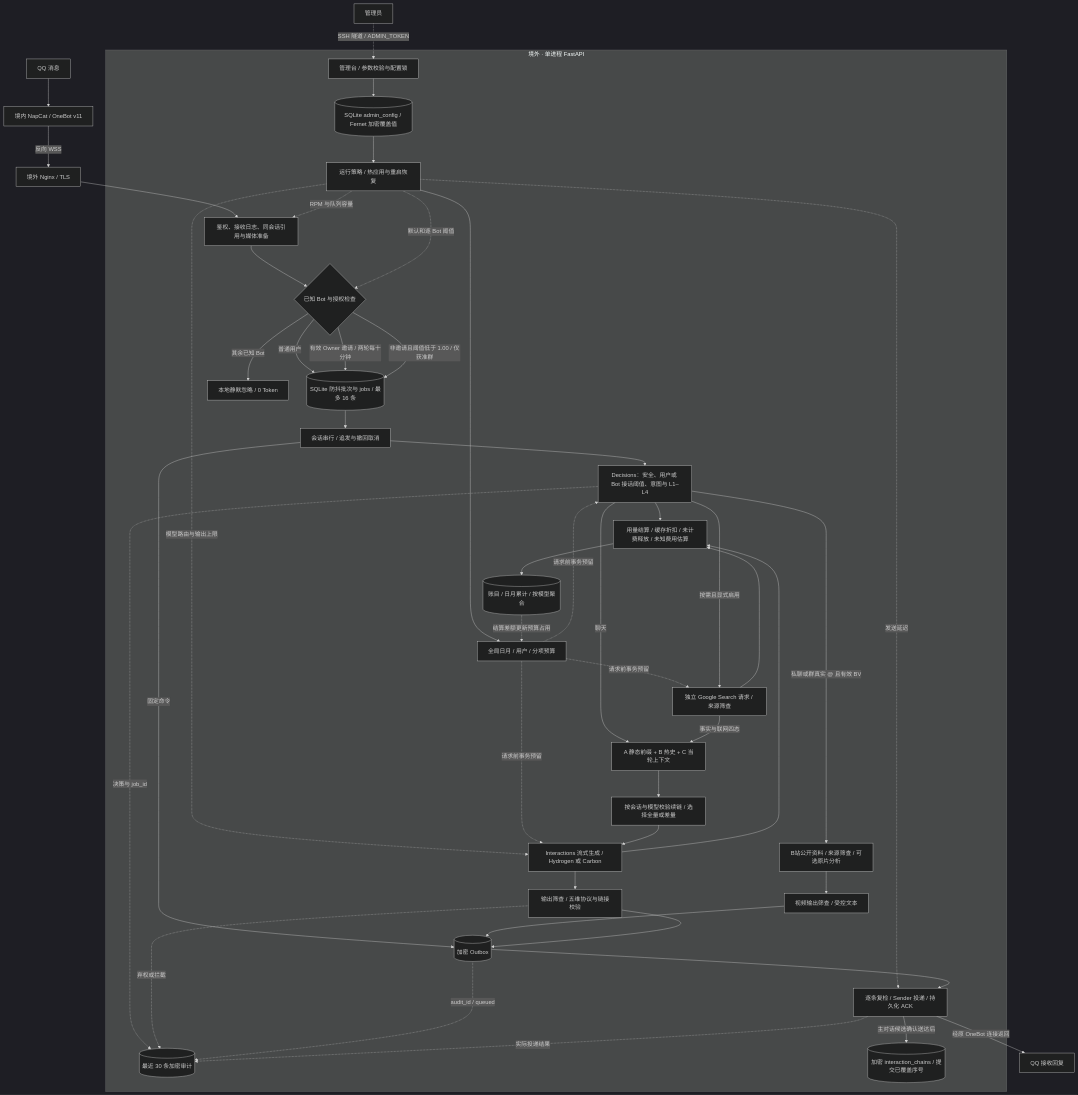
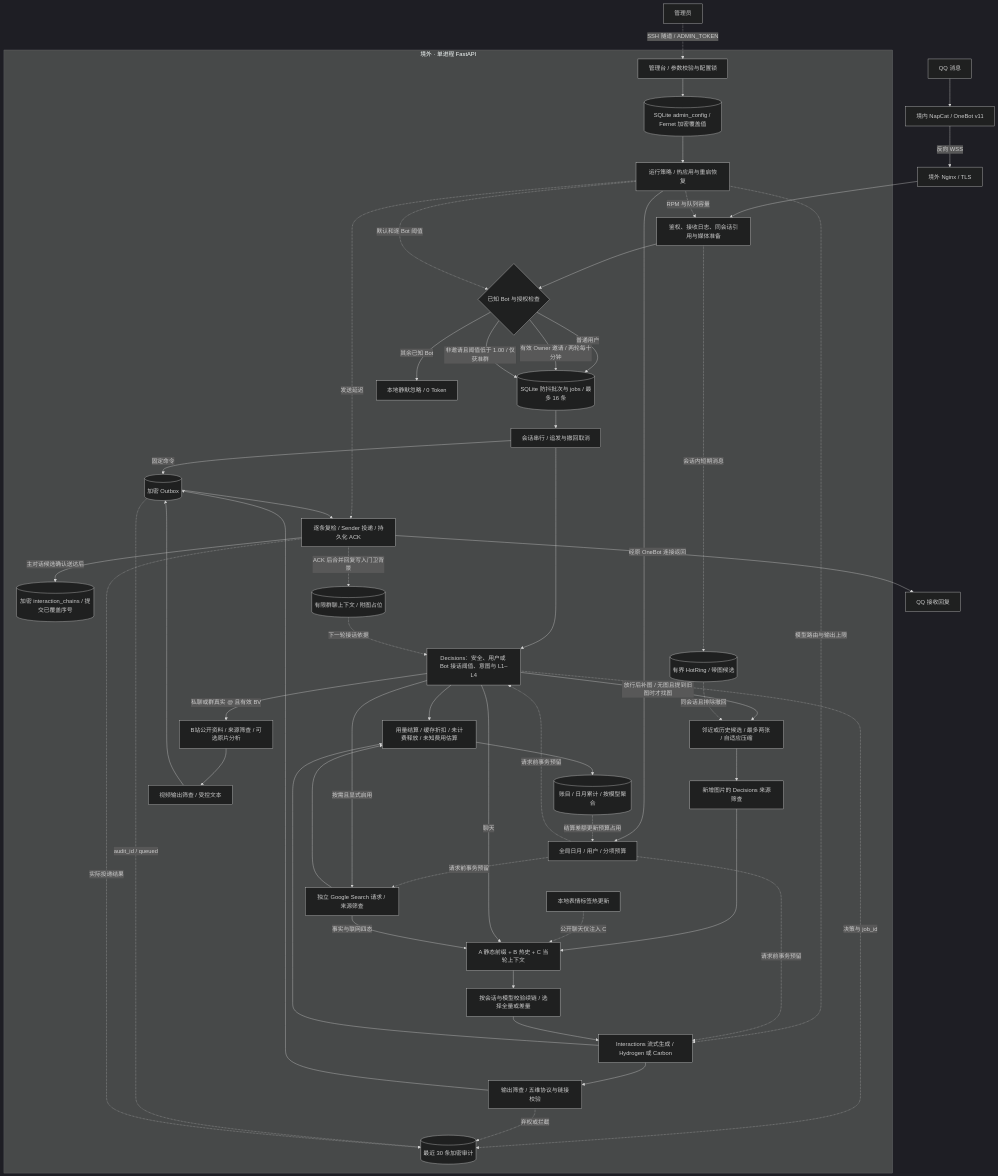
The diagram in README.md (FireOpalus/hakimi-surf), drawn with Mermaid (dark theme) before and after one commit. The commit also changed other lines of this file and 20 other files, not shown here.

Commit message:
Release v1.2.0: improve image context and stabilize meme prefixes

````diff
--- a/README.md
+++ b/README.md
@@ -148,53 +148,61 @@
 ```mermaid
 flowchart TD
   QQ[QQ 消息] --> NapCat[境内 NapCat / OneBot v11]
   NapCat -->|反向 WSS| Nginx[境外 Nginx / TLS]
   Nginx --> Ingress
   Admin[管理员] -.SSH 隧道 / ADMIN_TOKEN.-> Console
 
   subgraph Backend[境外 · 单进程 FastAPI]
     Console[管理台 / 参数校验与配置锁]
     Console --> Config[(SQLite admin_config / Fernet 加密覆盖值)]
     Config --> Runtime[运行策略 / 热应用与重启恢复]
     Runtime -.RPM 与队列容量.-> Ingress
     Runtime -.模型路由与输出上限.-> Chat
     Runtime -.发送延迟.-> Delivery
     Runtime --> Budget[全局日月 / 用户 / 分项预算]
     Budget -.请求前事务预留.-> Gate
     Budget -.请求前事务预留.-> Chat
     Budget -.请求前事务预留.-> Search
     Gate --> Settlement[用量结算 / 缓存折扣 / 未计费释放 / 未知费用估算]
     Chat --> Settlement
     Search --> Settlement
     Settlement --> Ledger[(账目 / 日月累计 / 按模型聚合)]
     Ledger -.结算差额更新预算占用.-> Budget
     Ingress[鉴权、接收日志、同会话引用与媒体准备]
     Ingress --> BotPolicy{已知 Bot 与授权检查}
     Runtime -.默认和逐 Bot 阈值.-> BotPolicy
     BotPolicy -->|普通用户| Queue[(SQLite 防抖批次与 jobs / 最多 16 条)]
     BotPolicy -->|有效 Owner 邀请 / 两轮每十分钟| Queue
     BotPolicy -->|非邀请且阈值低于 1.00 / 仅获准群| Queue
     BotPolicy -->|其余已知 Bot| Ignore[本地静默忽略 / 0 Token]
     Queue --> Serial[会话串行 / 追发与撤回取消]
     Serial -->|固定命令| Outbox
     Serial --> Gate[Decisions：安全、用户或 Bot 接话阈值、意图与 L1–L4]
+    Ingress -.会话内短期消息.-> Ring[(有界 HotRing / 带图候选)]
+    Gate -->|放行后补图 / 无图且提到旧图时才找图| ImageContext[邻近或历史候选 / 最多两张 / 自适应压缩]
+    Ring -.同会话且排除撤回.-> ImageContext
+    ImageContext --> ImageGate[新增图片的 Decisions 来源筛查]
+    ImageGate --> Context
+    Memes[本地表情标签热更新] -.公开聊天仅注入 C.-> Context
     Gate -->|聊天| Context[A 静态前缀 + B 热史 + C 当轮上下文]
     Gate -->|按需且显式启用| Search[独立 Google Search 请求 / 来源筛查]
     Search -->|事实与联网四态| Context
     Gate -->|私聊或群真实 @ 且有效 BV| Video[B站公开资料 / 来源筛查 / 可选原片分析]
     Context --> Chain[按会话与模型校验续链 / 选择全量或差量]
     Chain --> Chat[Interactions 流式生成 / Hydrogen 或 Carbon]
     Chat --> OutputGate[输出筛查 / 五维协议与链接校验]
     Video --> VideoOutput[视频输出筛查 / 受控文本]
     VideoOutput --> Outbox
     OutputGate --> Outbox[(加密 Outbox)]
     Outbox --> Delivery[逐条复检 / Sender 投递 / 持久化 ACK]
     Gate -.决策与 job_id.-> Audit[(最近 30 条加密审计)]
     OutputGate -.弃权或拦截.-> Audit
     Outbox -.audit_id / queued.-> Audit
     Delivery -.实际投递结果.-> Audit
     Delivery -->|主对话候选确认送达后| ChainStore[(加密 interaction_chains / 提交已覆盖序号)]
+    Delivery -.ACK 后合并回复写入门卫背景.-> GateContext[(有限群聊上下文 / 附图占位)]
+    GateContext -.下一轮接话依据.-> Gate
   end
 
   Delivery -->|经原 OneBot 连接返回| Reply[QQ 接收回复]
 ```
````
